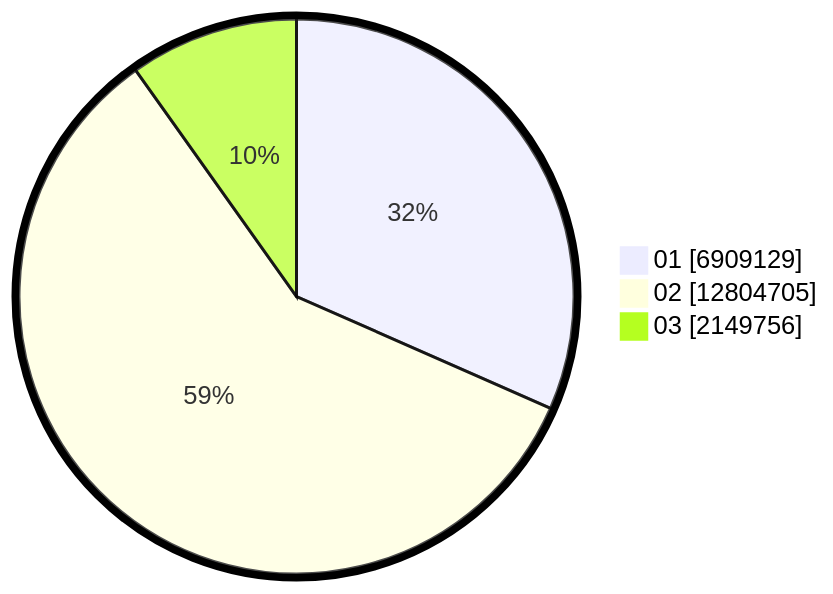
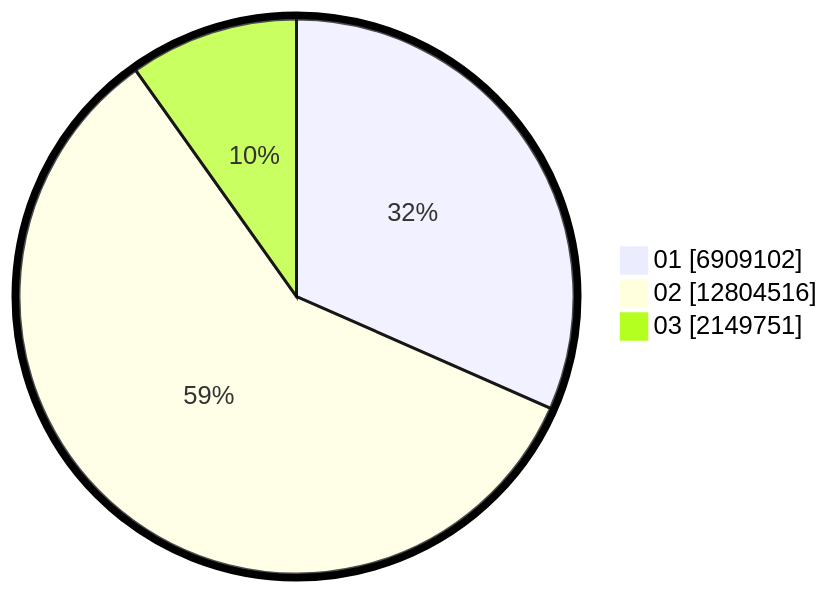
Before and after one commit to gigit-pemilu/pemilu-2024: the second of 2 diagrams in pilpres/hitung-suara/sub/table-wilayah-32.md, drawn with Mermaid. The commit also changed other lines of this file and 7 other files, not shown here.

````diff
--- a/pilpres/hitung-suara/sub/table-wilayah-32.md
+++ b/pilpres/hitung-suara/sub/table-wilayah-32.md
@@ -15,7 +15,7 @@
 ```mermaid
 %%{init: {"pie": {"textPosition": 0.5}, "themeVariables": {"pieOuterStrokeWidth": "5px"}} }%%
 pie showData
-    "01" : 6909129
-    "02" : 12804705
-    "03" : 2149756
+    "01" : 6909102
+    "02" : 12804516
+    "03" : 2149751
 ```
````
